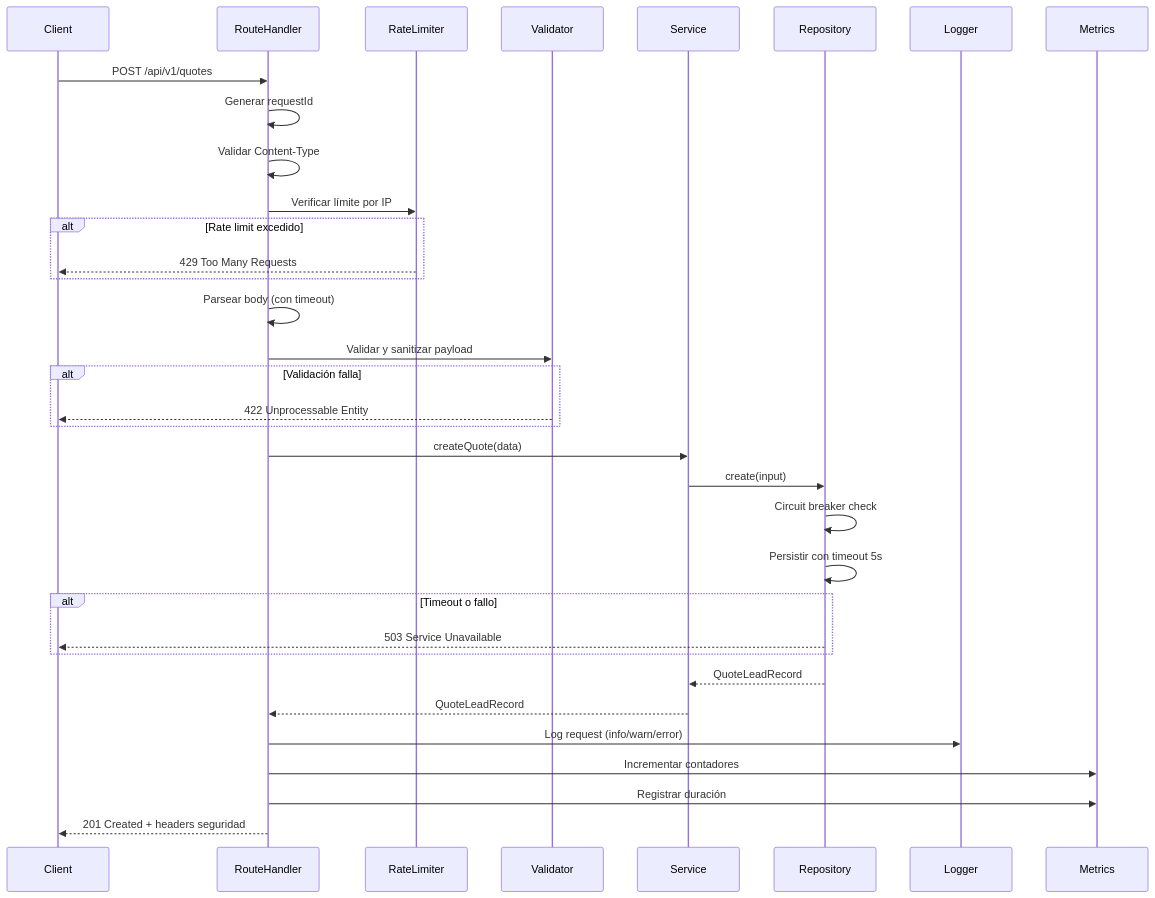
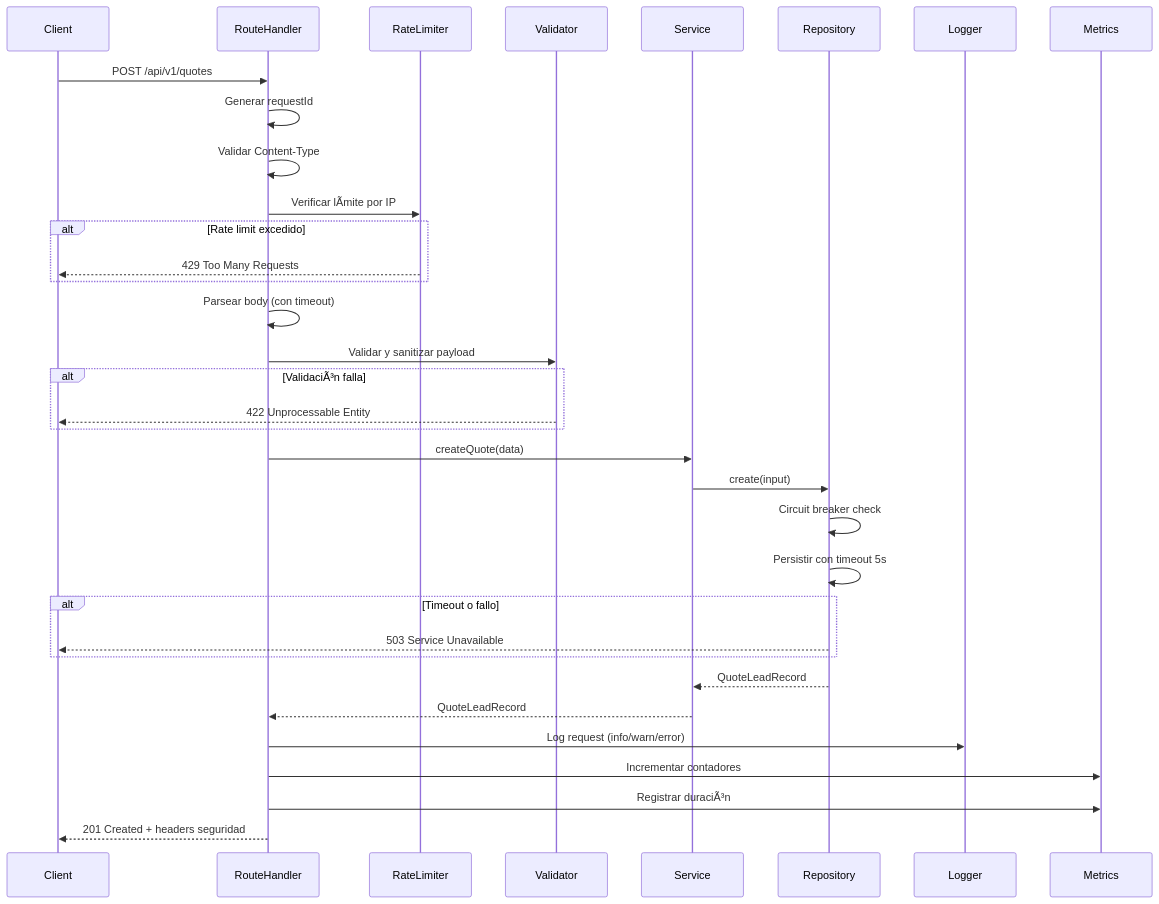
Before and after one commit to visuarte/camiprint: the first of 2 diagrams in .kiro/specs/backend-cotizaciones-v1/design.md, drawn with Mermaid. The commit also changed other lines of this file and 69 other files, not shown here.

````diff
--- a/.kiro/specs/backend-cotizaciones-v1/design.md
+++ b/.kiro/specs/backend-cotizaciones-v1/design.md
@@ -44,37 +44,37 @@
 ```mermaid
 sequenceDiagram
     participant Client
     participant RouteHandler
     participant RateLimiter
     participant Validator
     participant Service
     participant Repository
     participant Logger
     participant Metrics
 
     Client->>RouteHandler: POST /api/v1/quotes
     RouteHandler->>RouteHandler: Generar requestId
     RouteHandler->>RouteHandler: Validar Content-Type
-    RouteHandler->>RateLimiter: Verificar límite por IP
+    RouteHandler->>RateLimiter: Verificar lÃ­mite por IP
     alt Rate limit excedido
         RateLimiter-->>Client: 429 Too Many Requests
     end
     RouteHandler->>RouteHandler: Parsear body (con timeout)
     RouteHandler->>Validator: Validar y sanitizar payload
-    alt Validación falla
+    alt ValidaciÃ³n falla
         Validator-->>Client: 422 Unprocessable Entity
     end
     RouteHandler->>Service: createQuote(data)
     Service->>Repository: create(input)
     Repository->>Repository: Circuit breaker check
     Repository->>Repository: Persistir con timeout 5s
     alt Timeout o fallo
         Repository-->>Client: 503 Service Unavailable
     end
     Repository-->>Service: QuoteLeadRecord
     Service-->>RouteHandler: QuoteLeadRecord
     RouteHandler->>Logger: Log request (info/warn/error)
     RouteHandler->>Metrics: Incrementar contadores
-    RouteHandler->>Metrics: Registrar duración
+    RouteHandler->>Metrics: Registrar duraciÃ³n
     RouteHandler-->>Client: 201 Created + headers seguridad
 ```
````
